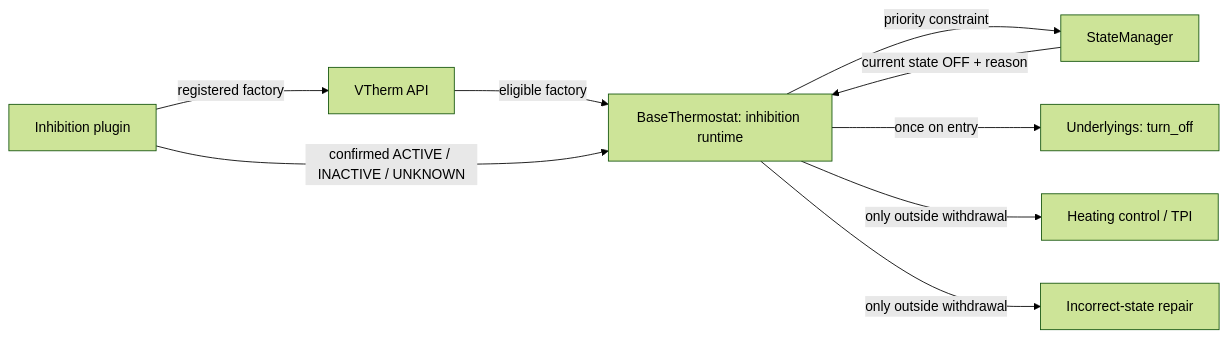
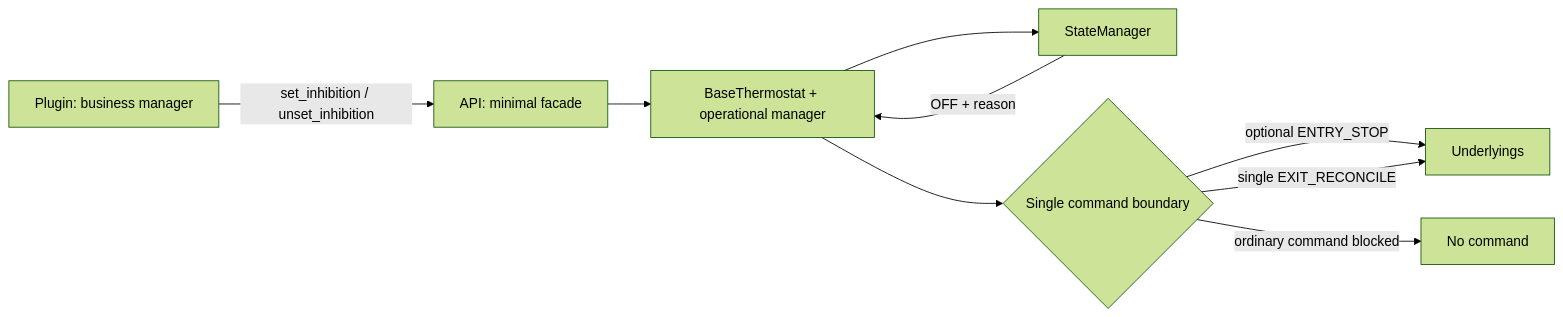
One commit to jmcollin78/versatile_thermostat changed the fourth of 6 diagrams in documentation/tech-docs/issue-2087-inhibition-design.md. Above: the diagram before and after it, drawn with Mermaid (forest theme). The commit also changed other lines of this file and 1 other file, not shown here.

First line of the commit message:
Update spec and design for #2087 and inhibition plugin. --- La répartition est désormais explicite :

````diff
--- a/documentation/tech-docs/issue-2087-inhibition-design.md
+++ b/documentation/tech-docs/issue-2087-inhibition-design.md
@@ -428,11 +299,11 @@
 ```mermaid
 flowchart LR
-    P[Inhibition plugin] -->|registered factory| A[VTherm API]
-    A -->|eligible factory| B[BaseThermostat: inhibition runtime]
-    P -->|confirmed ACTIVE / INACTIVE / UNKNOWN| B
-    B -->|priority constraint| S[StateManager]
-    S -->|current state OFF + reason| B
-    B -->|once on entry| U[Underlyings: turn_off]
-    B -->|only outside withdrawal| C[Heating control / TPI]
-    B -->|only outside withdrawal| R[Incorrect-state repair]
+    P[Plugin: business manager] -->|set_inhibition / unset_inhibition| A[API: minimal facade]
+    A --> B[BaseThermostat + operational manager]
+    B --> S[StateManager]
+    S -->|OFF + reason| B
+    B --> G{Single command boundary}
+    G -->|optional ENTRY_STOP| U[Underlyings]
+    G -->|single EXIT_RECONCILE| U
+    G -->|ordinary command blocked| X[No command]
 ```
````
